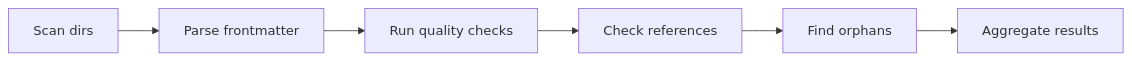
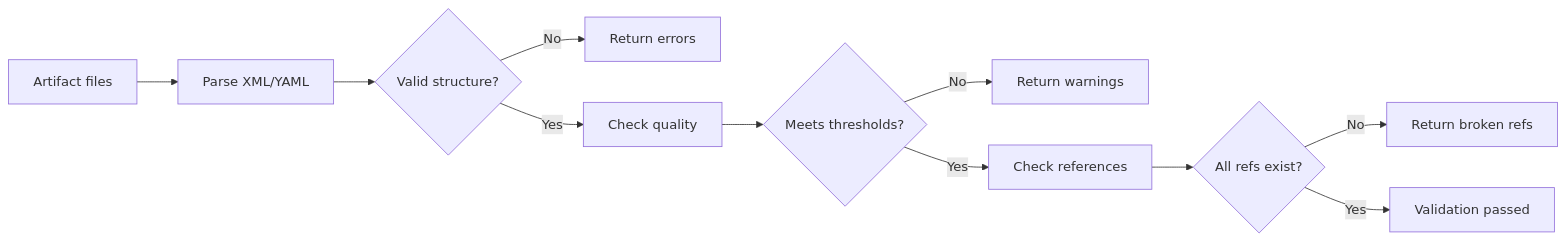
One commit to mattfletcher94/festinalente changed the diagram in .festinalente/engineering/systems/validation/_index.md. Above: the diagram before and after it, drawn with Mermaid. The commit also changed other lines of this file and 17 other files, not shown here.

````diff
--- a/.festinalente/engineering/systems/validation/_index.md
+++ b/.festinalente/engineering/systems/validation/_index.md
@@ -248,8 +53,13 @@
 ```mermaid
 flowchart LR
-    A["Scan dirs"] --> B["Parse frontmatter"]
-    B --> C["Run quality checks"]
-    C --> D["Check references"]
-    D --> E["Find orphans"]
-    E --> F["Aggregate results"]
+    A["Artifact files"] --> B["Parse XML/YAML"]
+    B --> C{"Valid structure?"}
+    C -->|"No"| D["Return errors"]
+    C -->|"Yes"| E["Check quality"]
+    E --> F{"Meets thresholds?"}
+    F -->|"No"| G["Return warnings"]
+    F -->|"Yes"| H["Check references"]
+    H --> I{"All refs exist?"}
+    I -->|"No"| J["Return broken refs"]
+    I -->|"Yes"| K["Validation passed"]
 ```
````
